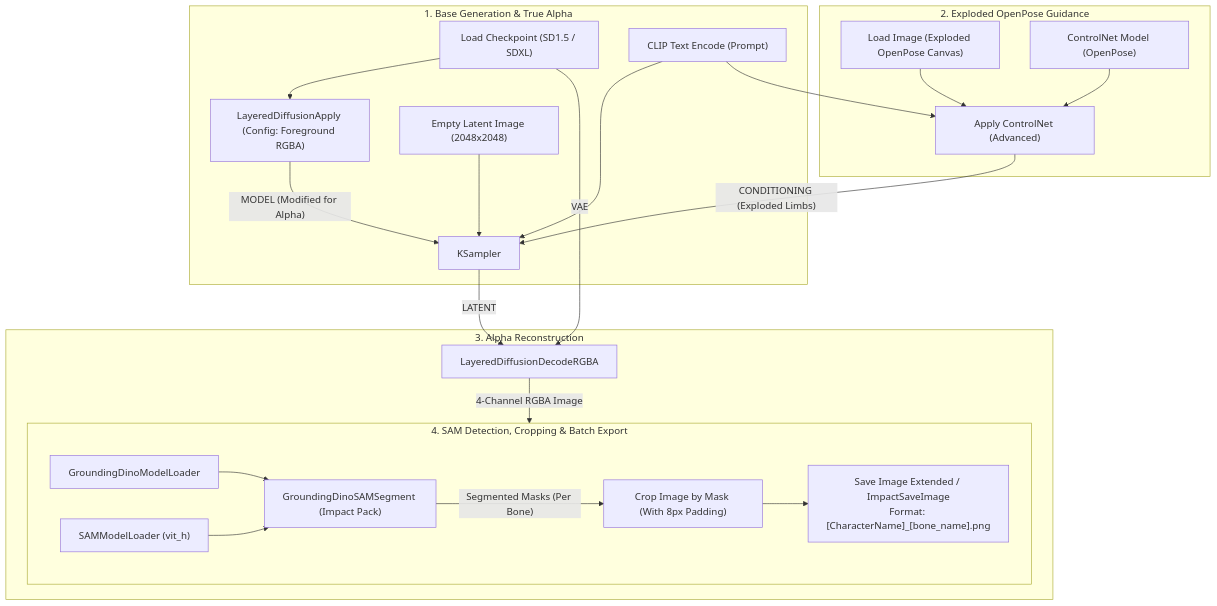
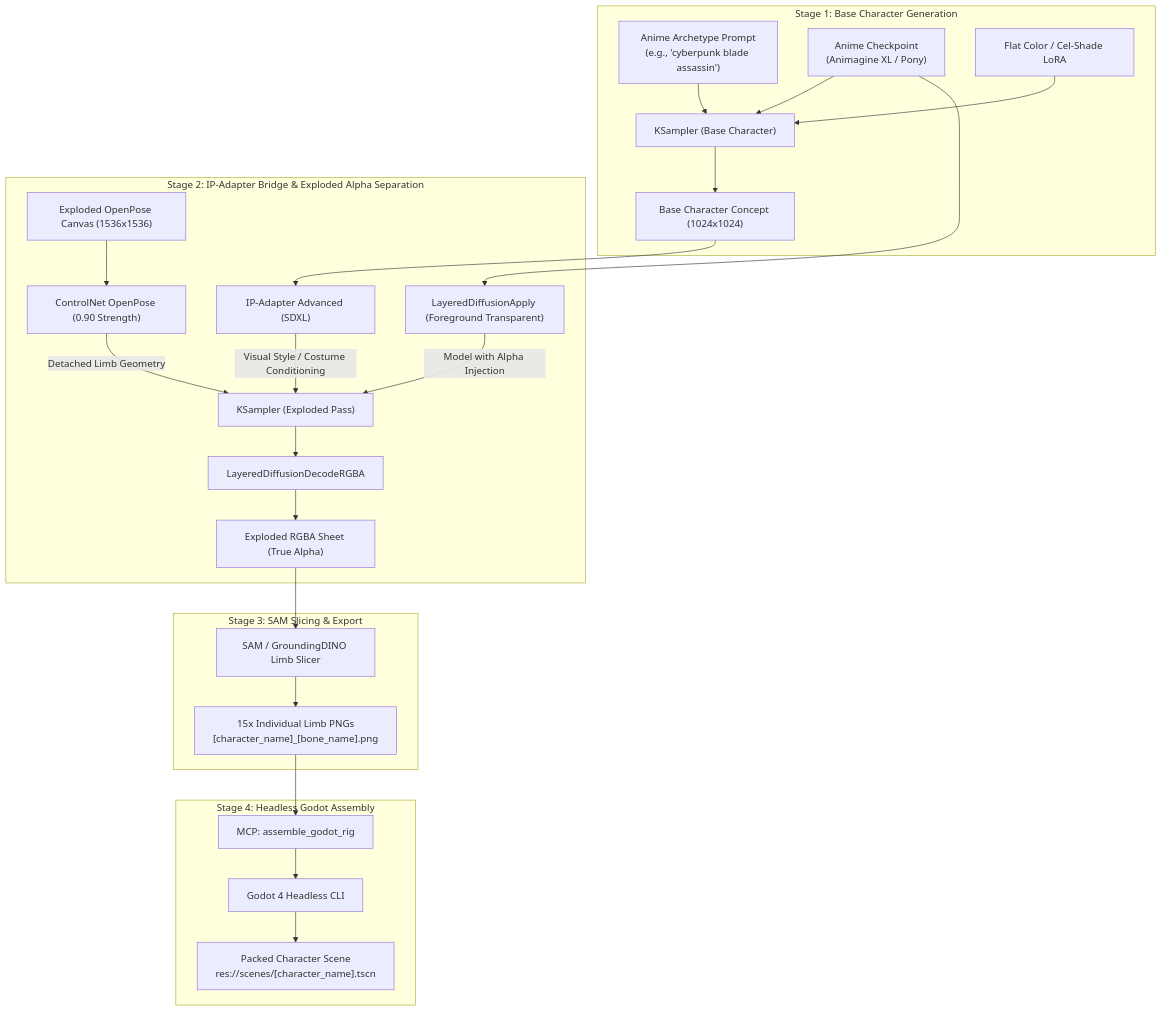
The diagram in README.md (blivodev/Godot2dAutoSpriter), drawn with Mermaid before and after one commit. The commit also changed other lines of this file and 5 other files, not shown here.

Commit message:
Add FastMCP server, ComfyUI front-end workflow, and headless Godot rig builder

````diff
--- a/README.md
+++ b/README.md
@@ -26,29 +28,34 @@
 ```mermaid
 flowchart TD
-    subgraph GEN["1. Base Generation & True Alpha"]
-        CKPT["Load Checkpoint (SD1.5 / SDXL)"] --> LD_APPLY["LayeredDiffusionApply (Config: Foreground RGBA)"]
-        CLIP["CLIP Text Encode (Prompt)"] --> KAMP["KSampler"]
-        LD_APPLY -->|"MODEL (Modified for Alpha)"| KAMP
-        LATENT["Empty Latent Image (2048x2048)"] --> KAMP
+    subgraph STAGE1["Stage 1: Base Character Generation"]
+        PROMPT["Anime Archetype Prompt<br/>(e.g., 'cyberpunk blade assassin')"] --> KAMP1["KSampler (Base Character)"]
+        CKPT["Anime Checkpoint<br/>(Animagine XL / Pony)"] --> KAMP1
+        LORA["Flat Color / Cel-Shade LoRA"] --> KAMP1
+        KAMP1 --> BASE_IMG["Base Character Concept (1024x1024)"]
     end
 
-    subgraph CN["2. Exploded OpenPose Guidance"]
-        POSE_IMG["Load Image (Exploded OpenPose Canvas)"] --> CN_APPLY["Apply ControlNet (Advanced)"]
-        CN_MODEL["ControlNet Model (OpenPose)"] --> CN_APPLY
-        CLIP --> CN_APPLY
-        CN_APPLY -->|"CONDITIONING (Exploded Limbs)"| KAMP
+    subgraph STAGE2["Stage 2: IP-Adapter Bridge & Exploded Alpha Separation"]
+        BASE_IMG --> IP_ADAPT["IP-Adapter Advanced (SDXL)"]
+        IP_ADAPT -->|"Visual Style / Costume Conditioning"| KAMP2["KSampler (Exploded Pass)"]
+        
+        POSE_MAP["Exploded OpenPose Canvas (1536x1536)"] --> CN_OPENPOSE["ControlNet OpenPose (0.90 Strength)"]
+        CN_OPENPOSE -->|"Detached Limb Geometry"| KAMP2
+        
+        CKPT --> LD_APPLY["LayeredDiffusionApply (Foreground Transparent)"]
+        LD_APPLY -->|"Model with Alpha Injection"| KAMP2
+        
+        KAMP2 --> LD_DEC["LayeredDiffusionDecodeRGBA"]
+        LD_DEC --> EXPLODED_IMG["Exploded RGBA Sheet (True Alpha)"]
     end
 
-    subgraph DECODE["3. Alpha Reconstruction"]
-        KAMP -->|"LATENT"| LD_DEC["LayeredDiffusionDecodeRGBA"]
-        CKPT -->|"VAE"| LD_DEC
-        LD_DEC -->|"4-Channel RGBA Image"| SAM_STAGE
+    subgraph STAGE3["Stage 3: SAM Slicing & Export"]
+        EXPLODED_IMG --> SAM["SAM / GroundingDINO Limb Slicer"]
+        SAM --> CROPS["15x Individual Limb PNGs<br/>[character_name]_[bone_name].png"]
     end
 
-    subgraph SAM_STAGE["4. SAM Detection, Cropping & Batch Export"]
-        GD_LOAD["GroundingDinoModelLoader"] --> GD_SAM["GroundingDinoSAMSegment (Impact Pack)"]
-        SAM_LOAD["SAMModelLoader (vit_h)"] --> GD_SAM
-        GD_SAM -->|"Segmented Masks (Per Bone)"| CROP["Crop Image by Mask (With 8px Padding)"]
-        CROP --> SAVE["Save Image Extended / ImpactSaveImage<br/>Format: [CharacterName]_[bone_name].png"]
+    subgraph STAGE4["Stage 4: Headless Godot Assembly"]
+        CROPS --> MCP_RIG["MCP: assemble_godot_rig"]
+        MCP_RIG --> GODOT_CLI["Godot 4 Headless CLI"]
+        GODOT_CLI --> SCENE["Packed Character Scene<br/>res://scenes/[character_name].tscn"]
     end
 ```
````
